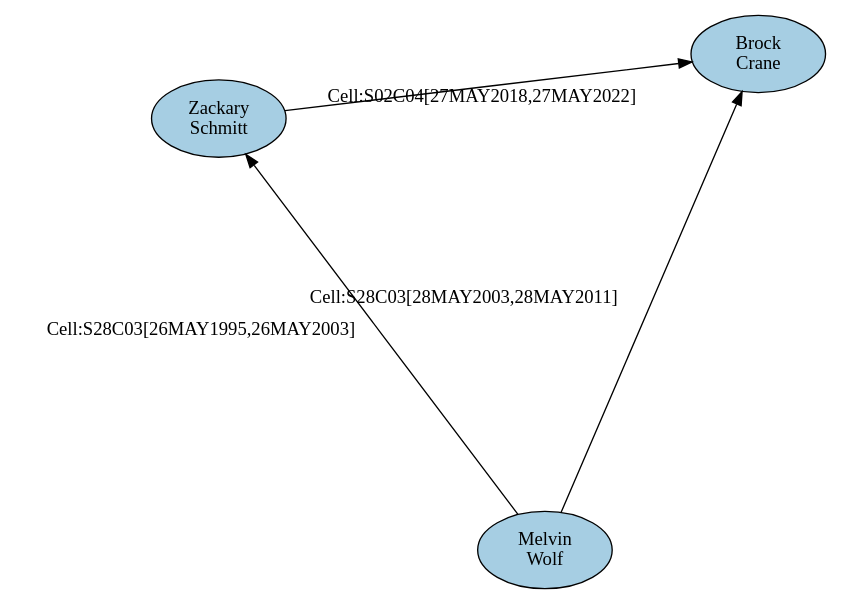
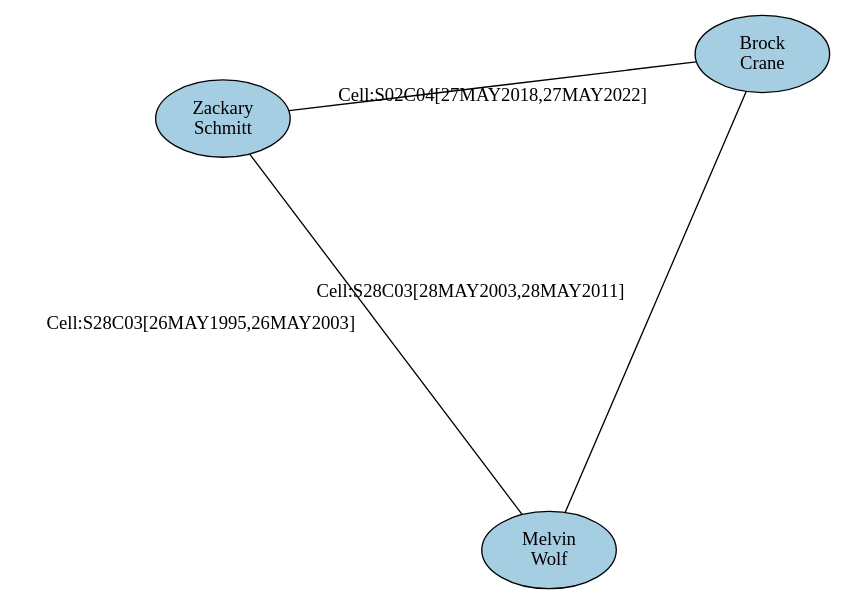
The diagram in applications/social/inmate-network/dot/query_4_match_4.dot (dtherrick/network-analysis), drawn with Graphviz before and after one commit. The commit also changed 14 other files, not shown here.

```diff
--- a/applications/social/inmate-network/dot/query_4_match_4.dot
+++ b/applications/social/inmate-network/dot/query_4_match_4.dot
@@ -1,13 +1,13 @@
-digraph G {
+graph G {
 layout=sfdp
 node[colorscheme=paired8, style=filled, color=black, fixedSize=true, width=1.4, height=.8]
 "I49194"[fillcolor= "1",label= "Brock
 Crane"]
 "I23761"[fillcolor= "1",label= "Zackary
 Schmitt"]
 "I14700"[fillcolor= "1",label= "Melvin
 Wolf"]
-"I14700" -> "I23761"[label= "Cell:S28C03[26MAY1995,26MAY2003]"]
-"I14700" -> "I49194"[label= "Cell:S28C03[28MAY2003,28MAY2011]"]
-"I23761" -> "I49194"[label= "Cell:S02C04[27MAY2018,27MAY2022]"]
+"I14700" -- "I23761"[label= "Cell:S28C03[26MAY1995,26MAY2003]"]
+"I14700" -- "I49194"[label= "Cell:S28C03[28MAY2003,28MAY2011]"]
+"I23761" -- "I49194"[label= "Cell:S02C04[27MAY2018,27MAY2022]"]
 }
```
